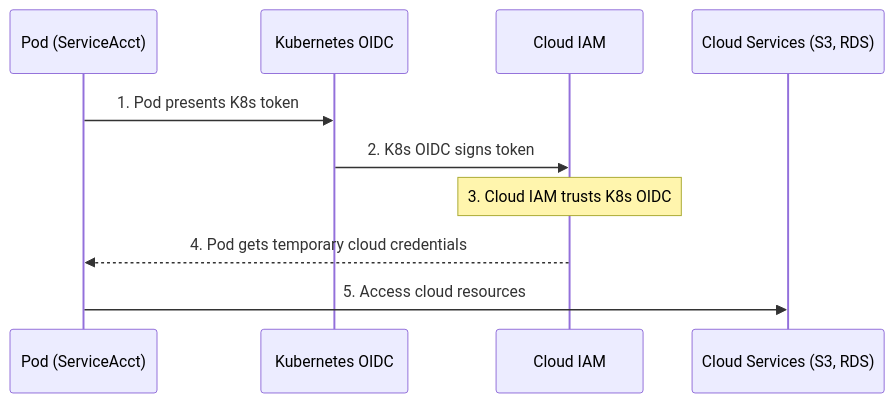
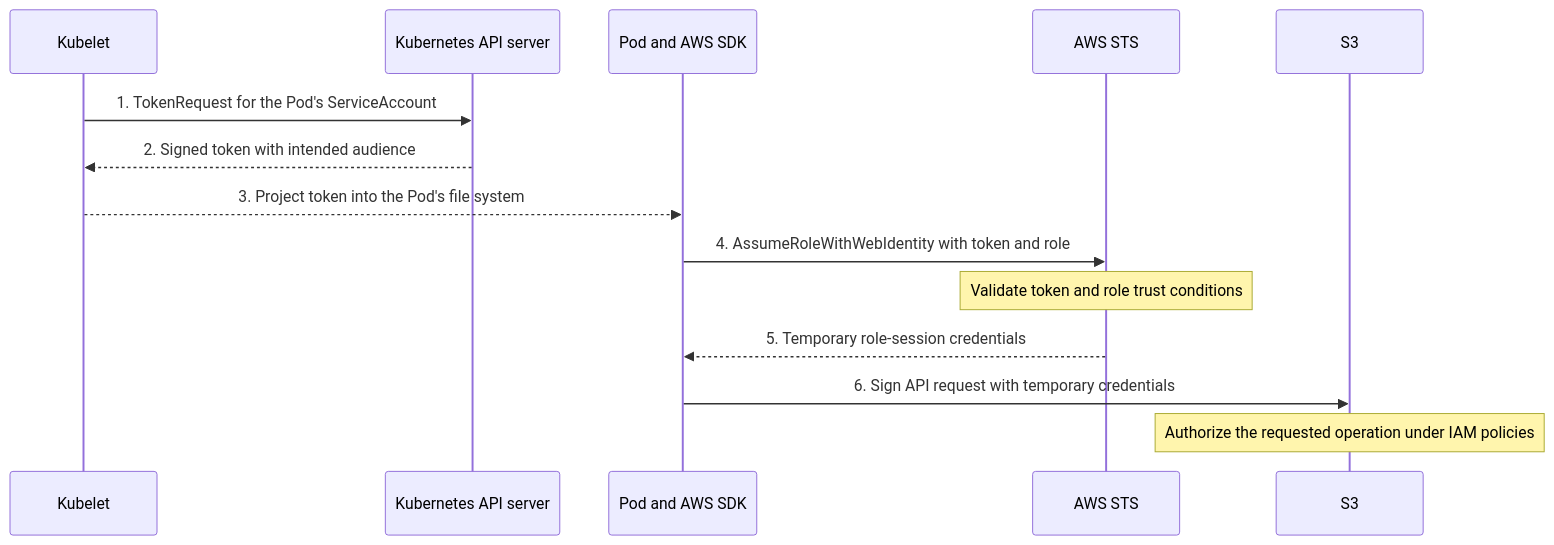
Before and after one commit to kube-dojo/kube-dojo.github.io: the fourth of 4 diagrams in src/content/docs/platform/foundations/security-principles/module-4.3-identity-and-access.md, drawn with Mermaid. The commit also changed other lines of this file, not shown here.

Commit message:
content(iam): correct workload token issuance and exchange (#3513)

````diff
--- a/src/content/docs/platform/foundations/security-principles/module-4.3-identity-and-access.md
+++ b/src/content/docs/platform/foundations/security-principles/module-4.3-identity-and-access.md
@@ -587,13 +587,17 @@
 ```mermaid
 sequenceDiagram
-    participant Pod as Pod (ServiceAcct)
-    participant K8s as Kubernetes OIDC
-    participant IAM as Cloud IAM
-    participant Services as Cloud Services (S3, RDS)
+    participant Kubelet as Kubelet
+    participant API as Kubernetes API server
+    participant Pod as Pod and AWS SDK
+    participant STS as AWS STS
+    participant S3 as S3
 
-    Pod->>K8s: 1. Pod presents K8s token
-    K8s->>IAM: 2. K8s OIDC signs token
-    Note over IAM: 3. Cloud IAM trusts K8s OIDC
-    IAM-->>Pod: 4. Pod gets temporary cloud credentials
-    Pod->>Services: 5. Access cloud resources
+    Kubelet->>API: 1. TokenRequest for the Pod's ServiceAccount
+    API-->>Kubelet: 2. Signed token with intended audience
+    Kubelet-->>Pod: 3. Project token into the Pod's file system
+    Pod->>STS: 4. AssumeRoleWithWebIdentity with token and role
+    Note over STS: Validate token and role trust conditions
+    STS-->>Pod: 5. Temporary role-session credentials
+    Pod->>S3: 6. Sign API request with temporary credentials
+    Note over S3: Authorize the requested operation under IAM policies
 ```
````
